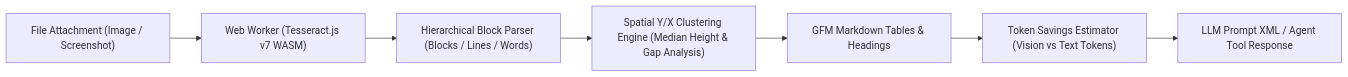
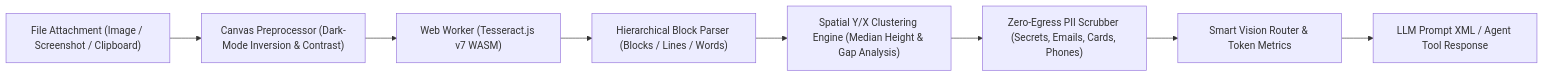
The diagram in README.md (parth-thepale/OCR.it), drawn with Mermaid before and after one commit. The commit also changed other lines of this file and 13 other files, not shown here.

Commit message:
feat: core engine upgrades (preprocess, PII scrubbing, smart routing), hero banner, and playground enhancements

````diff
--- a/README.md
+++ b/README.md
@@ -31,9 +83,10 @@
 ```mermaid
 flowchart LR
-    A["File Attachment (Image / Screenshot)"] --> B["Web Worker (Tesseract.js v7 WASM)"]
-    B --> C["Hierarchical Block Parser (Blocks / Lines / Words)"]
-    C --> D["Spatial Y/X Clustering Engine (Median Height & Gap Analysis)"]
-    D --> E["GFM Markdown Tables & Headings"]
-    E --> F["Token Savings Estimator (Vision vs Text Tokens)"]
-    F --> G["LLM Prompt XML / Agent Tool Response"]
+    A["File Attachment (Image / Screenshot / Clipboard)"] --> B["Canvas Preprocessor (Dark-Mode Inversion & Contrast)"]
+    B --> C["Web Worker (Tesseract.js v7 WASM)"]
+    C --> D["Hierarchical Block Parser (Blocks / Lines / Words)"]
+    D --> E["Spatial Y/X Clustering Engine (Median Height & Gap Analysis)"]
+    E --> F["Zero-Egress PII Scrubber (Secrets, Emails, Cards, Phones)"]
+    F --> G["Smart Vision Router & Token Metrics"]
+    G --> H["LLM Prompt XML / Agent Tool Response"]
 ```
````
